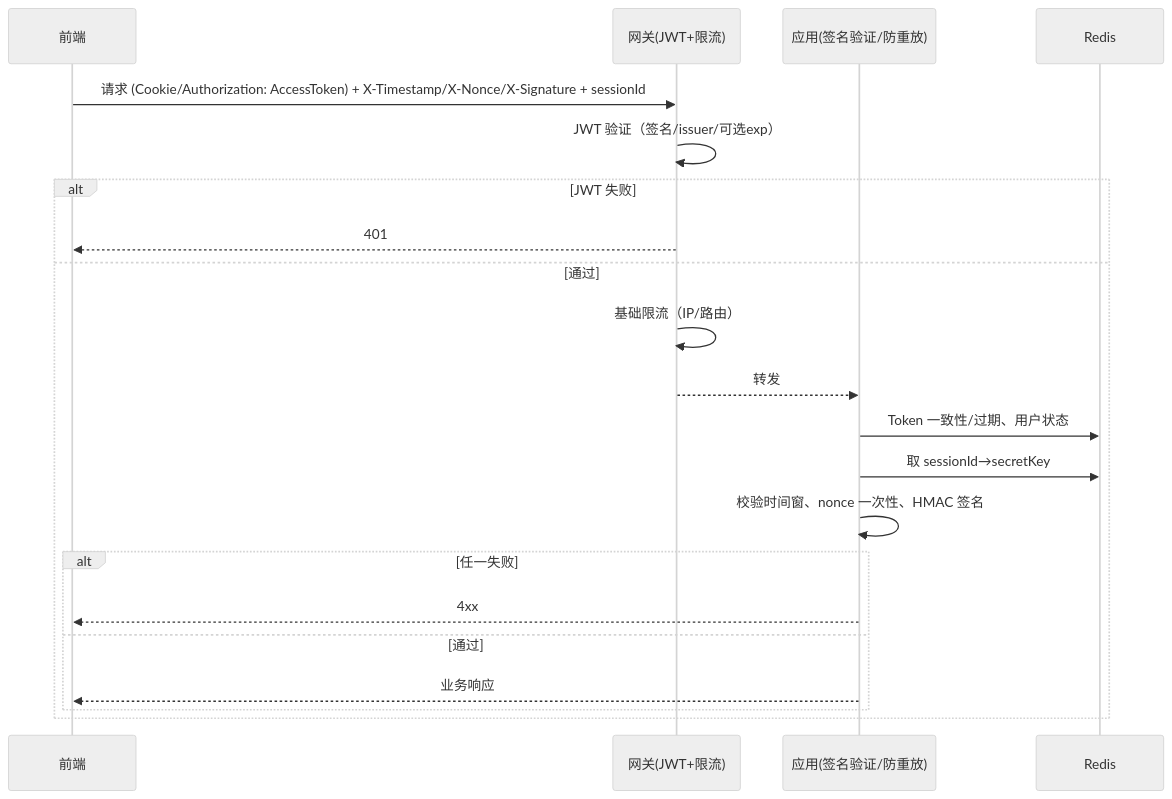
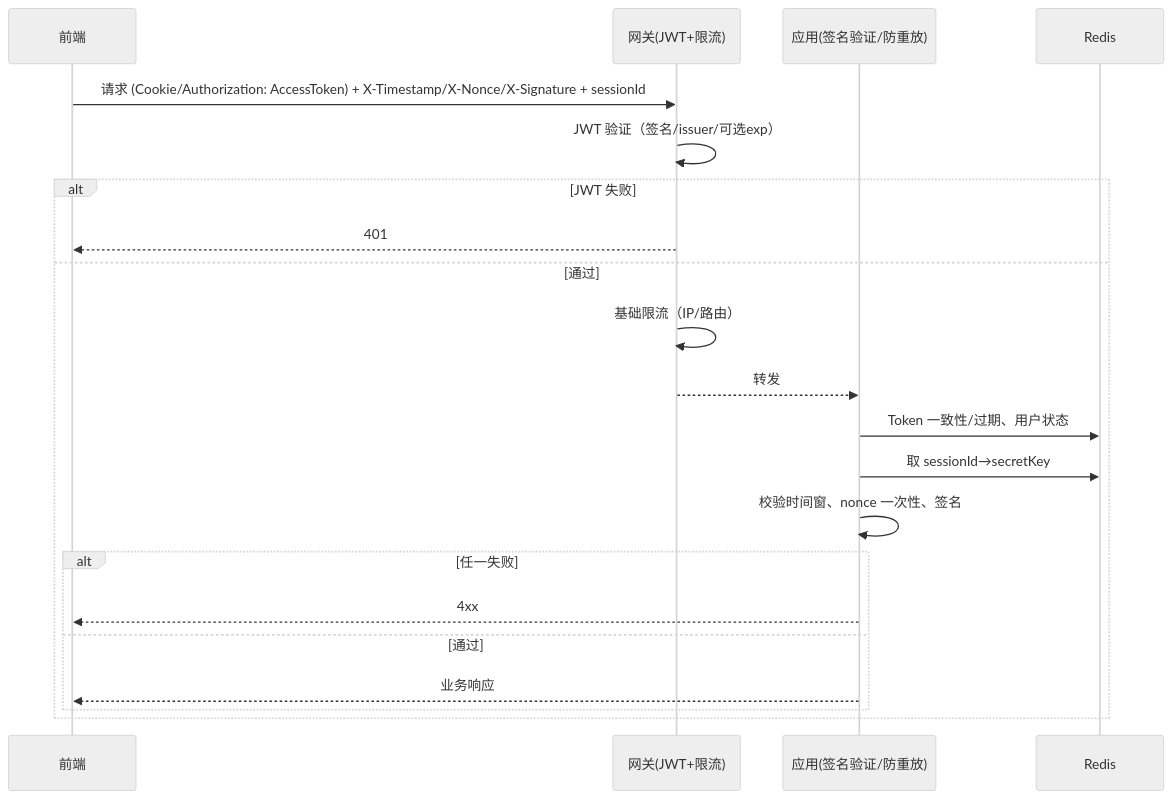
The diagram in all/未命名-4.md (yingjianzh/iodraw-files), drawn with Mermaid (neutral theme) before and after one commit.

Commit message:
2025-10-16 14:06:52 update

````diff
--- a/all/未命名-4.md
+++ b/all/未命名-4.md
@@ -1,24 +1,24 @@
 ```mermaid
 sequenceDiagram
     participant FE as 前端
     participant Kong as 网关(JWT+限流)
     participant App as 应用(签名验证/防重放)
     participant Redis as Redis
 
     FE->>Kong: 请求 (Cookie/Authorization: AccessToken) + X-Timestamp/X-Nonce/X-Signature + sessionId
     Kong->>Kong: JWT 验证（签名/issuer/可选exp）
     alt JWT 失败
       Kong-->>FE: 401
     else 通过
       Kong->>Kong: 基础限流（IP/路由）
       Kong-->>App: 转发
       App->>Redis: Token 一致性/过期、用户状态
       App->>Redis: 取 sessionId→secretKey
-      App->>App: 校验时间窗、nonce 一次性、HMAC 签名
+      App->>App: 校验时间窗、nonce 一次性、签名
       alt 任一失败
         App-->>FE: 4xx
       else 通过
         App-->>FE: 业务响应
       end
     end
 ```
````
